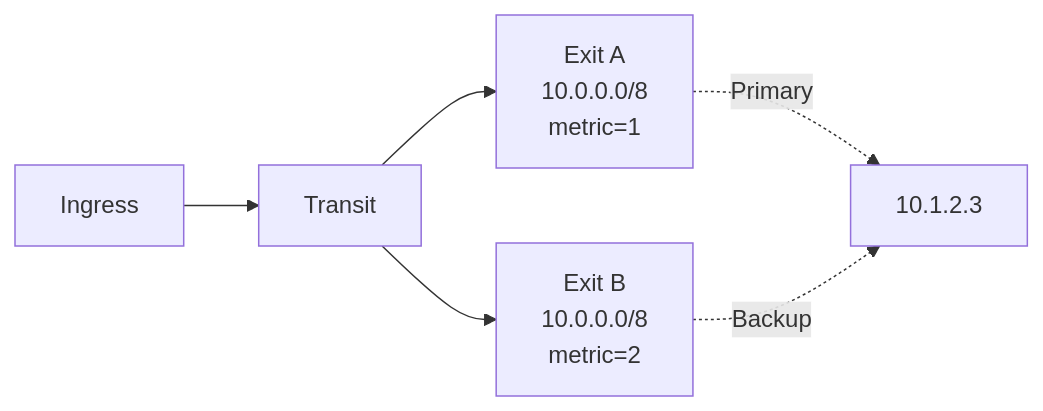
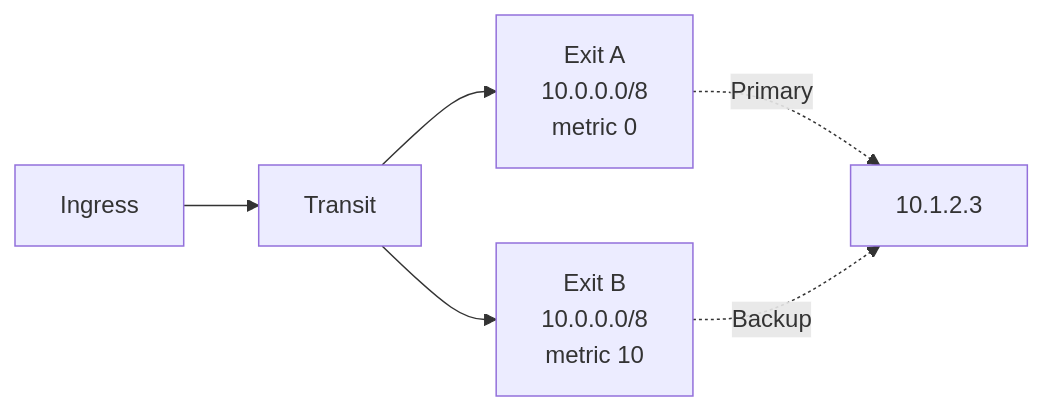
Before and after one commit to Muti-Metroo/Muti-Metroo: the third of 3 diagrams in docs/docs/concepts/routing.md, drawn with Mermaid. The commit also changed other lines of this file and 156 other files, not shown here.

````diff
--- a/docs/docs/concepts/routing.md
+++ b/docs/docs/concepts/routing.md
@@ -145,9 +143,9 @@
 ```mermaid
 flowchart LR
     Ingress[Ingress] --> Transit[Transit]
-    Transit --> Exit1[Exit A<br/>10.0.0.0/8<br/>metric=1]
-    Transit --> Exit2[Exit B<br/>10.0.0.0/8<br/>metric=2]
+    Transit --> Exit1["Exit A<br/>10.0.0.0/8<br/>metric 0"]
+    Transit --> Exit2["Exit B<br/>10.0.0.0/8<br/>metric 10"]
 
     Exit1 -.->|Primary| Target[10.1.2.3]
     Exit2 -.->|Backup| Target
 ```
````
